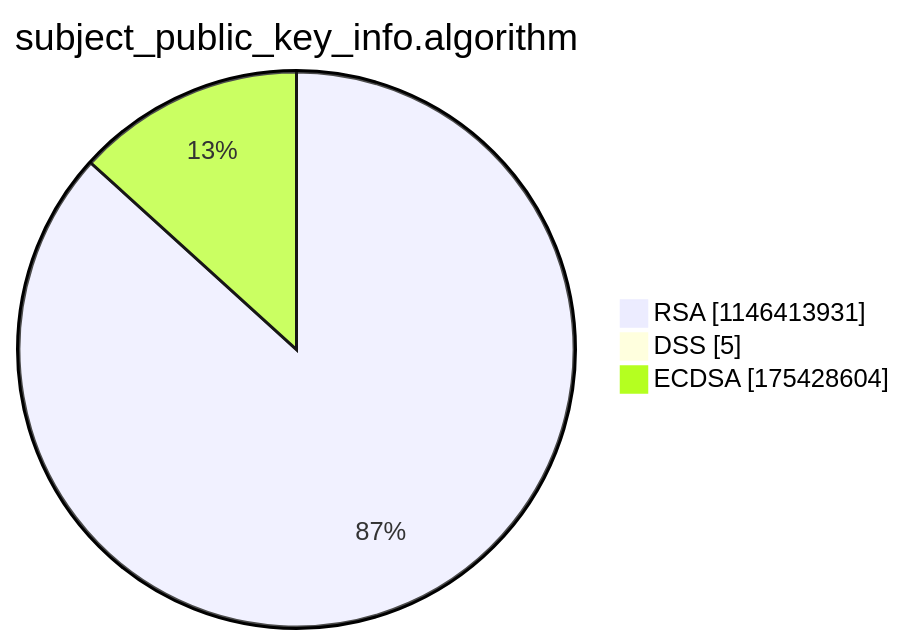
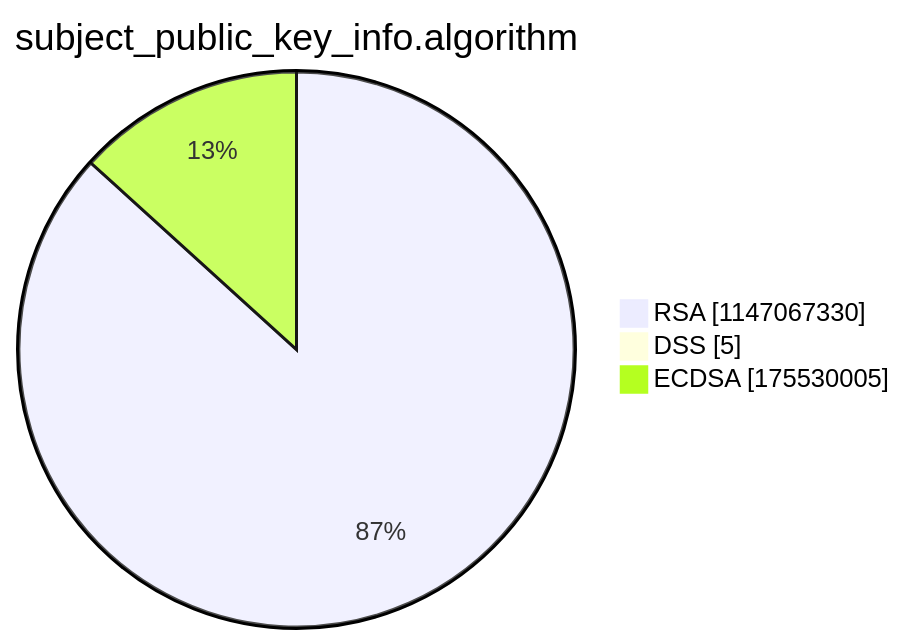
One commit to christiankrug/ctmonitor_visualization changed the third of 15 diagrams in argon2022/README.md. Above: the diagram before and after it, drawn with Mermaid. The commit also changed other lines of this file, not shown here.

````diff
--- a/argon2022/README.md
+++ b/argon2022/README.md
@@ -14,7 +14,7 @@
 ```mermaid
 pie showData
 title subject_public_key_info.algorithm
-"RSA" :1146413931
+"RSA" :1147067330
 "DSS" :5
-"ECDSA" :175428604
+"ECDSA" :175530005
 ```
````
